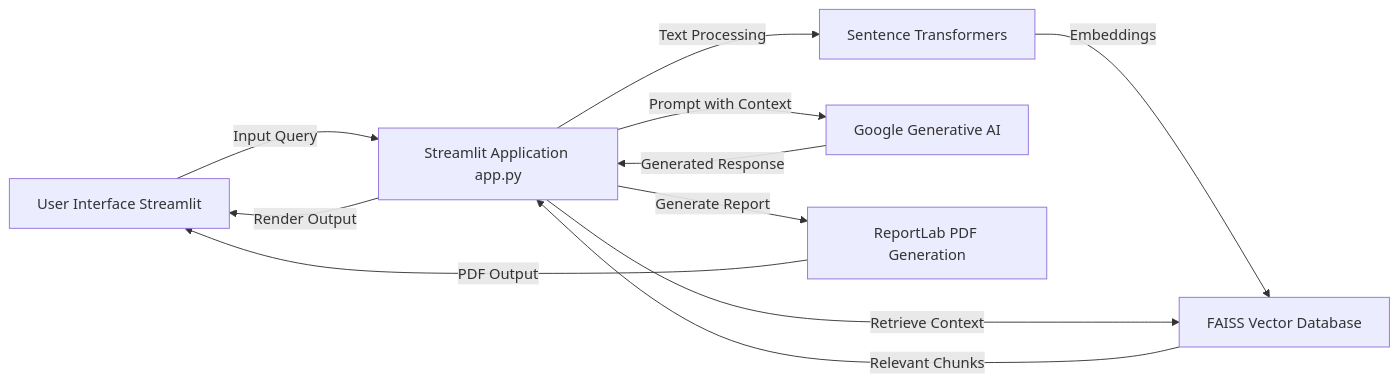
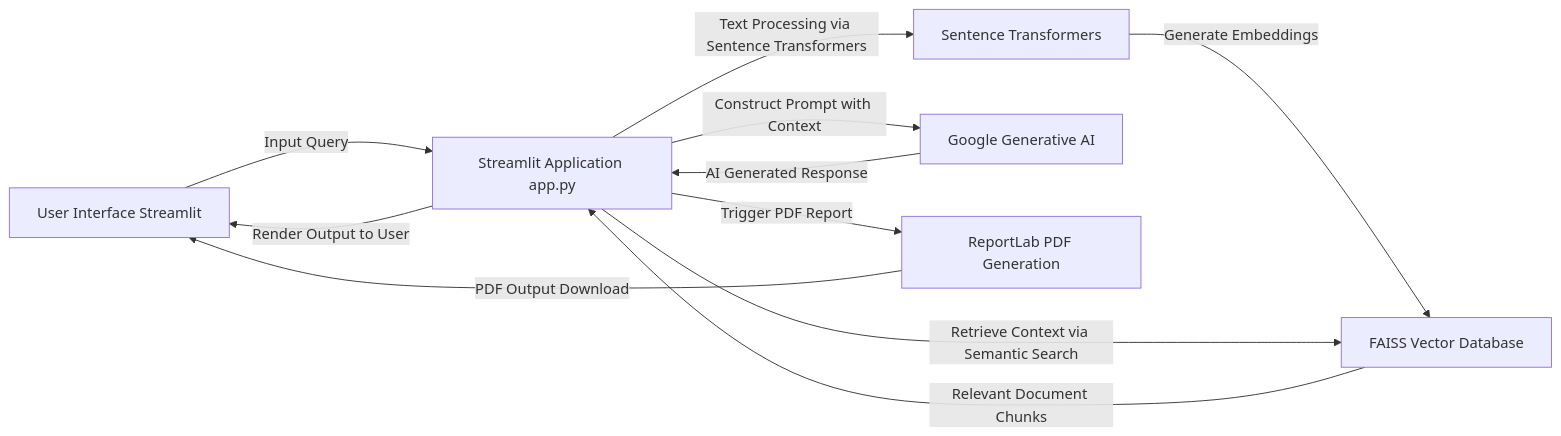
Before and after one commit to NazrulIkram/Docupilot-CodeNection-2025: the first of 2 diagrams in README.md, drawn with Mermaid. The commit also changed other lines of this file, not shown here.

````diff
--- a/README.md
+++ b/README.md
@@ -58,13 +62,13 @@
 ```mermaid
 graph LR
     User[User Interface Streamlit] --> |Input Query| StreamlitApp[Streamlit Application app.py]
-    StreamlitApp --> |Text Processing| SentenceTransformers[Sentence Transformers]
-    SentenceTransformers --> |Embeddings| FAISSDatabase[FAISS Vector Database]
-    StreamlitApp --> |Retrieve Context| FAISSDatabase
-    FAISSDatabase --> |Relevant Chunks| StreamlitApp
-    StreamlitApp --> |Prompt with Context| GoogleGenerativeAI[Google Generative AI]
-    GoogleGenerativeAI --> |Generated Response| StreamlitApp
-    StreamlitApp --> |Render Output| User
-    StreamlitApp --> |Generate Report| ReportLab[ReportLab PDF Generation]
-    ReportLab --> |PDF Output| User
+    StreamlitApp --> |Text Processing via Sentence Transformers| SentenceTransformers[Sentence Transformers]
+    SentenceTransformers --> |Generate Embeddings| FAISSDatabase[FAISS Vector Database]
+    StreamlitApp --> |Retrieve Context via Semantic Search| FAISSDatabase
+    FAISSDatabase --> |Relevant Document Chunks| StreamlitApp
+    StreamlitApp --> |Construct Prompt with Context| GoogleGenerativeAI[Google Generative AI]
+    GoogleGenerativeAI --> |AI Generated Response| StreamlitApp
+    StreamlitApp --> |Render Output to User| User
+    StreamlitApp --> |Trigger PDF Report| ReportLab[ReportLab PDF Generation]
+    ReportLab --> |PDF Output Download| User
 ```
````
